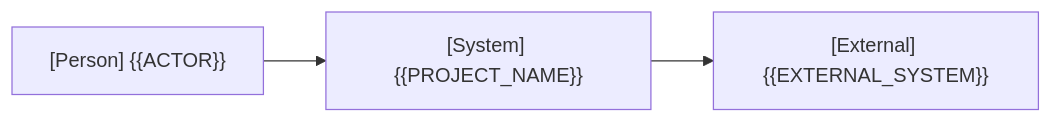
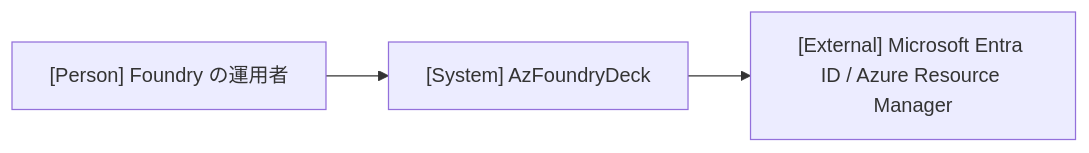
One commit to nuitsjp/azfoundry-deck changed the diagram in docs/architecture.md. Above: the diagram before and after it, drawn with Mermaid. The commit also changed other lines of this file and 5 other files, not shown here.

````diff
--- a/docs/architecture.md
+++ b/docs/architecture.md
@@ -9,7 +9,7 @@
 ```mermaid
 flowchart LR
-  user["[Person] {{ACTOR}}"]
-  system["[System] {{PROJECT_NAME}}"]
-  external["[External] {{EXTERNAL_SYSTEM}}"]
+  user["[Person] Foundry の運用者"]
+  system["[System] AzFoundryDeck"]
+  external["[External] Microsoft Entra ID / Azure Resource Manager"]
   user --> system --> external
 ```
````
